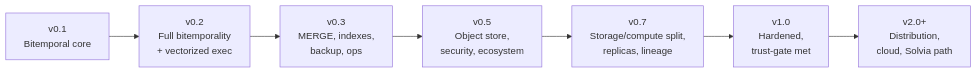
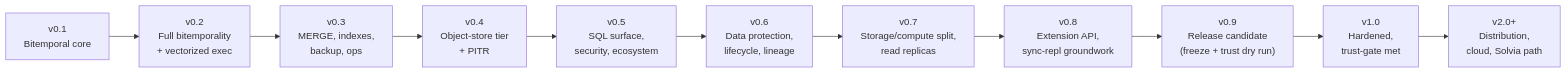
The first of 2 diagrams in docs/03-roadmap.md (fricker-studios/stele-db), drawn with Mermaid before and after one commit. The commit also changed other lines of this file and 2 other files, not shown here.

````diff
--- a/docs/03-roadmap.md
+++ b/docs/03-roadmap.md
@@ -101,9 +136,13 @@
 ```mermaid
 flowchart LR
     v01["v0.1<br/>Bitemporal core"] --> v02["v0.2<br/>Full bitemporality<br/>+ vectorized exec"]
     v02 --> v03["v0.3<br/>MERGE, indexes,<br/>backup, ops"]
-    v03 --> v05["v0.5<br/>Object store,<br/>security, ecosystem"]
-    v05 --> v07["v0.7<br/>Storage/compute split,<br/>replicas, lineage"]
-    v07 --> v10["v1.0<br/>Hardened,<br/>trust-gate met"]
+    v03 --> v04["v0.4<br/>Object-store tier<br/>+ PITR"]
+    v04 --> v05["v0.5<br/>SQL surface,<br/>security, ecosystem"]
+    v05 --> v06["v0.6<br/>Data protection,<br/>lifecycle, lineage"]
+    v06 --> v07["v0.7<br/>Storage/compute split,<br/>read replicas"]
+    v07 --> v08["v0.8<br/>Extension API,<br/>sync-repl groundwork"]
+    v08 --> v09["v0.9<br/>Release candidate<br/>(freeze + trust dry run)"]
+    v09 --> v10["v1.0<br/>Hardened,<br/>trust-gate met"]
     v10 --> v20["v2.0+<br/>Distribution,<br/>cloud, Solvia path"]
 ```
````
